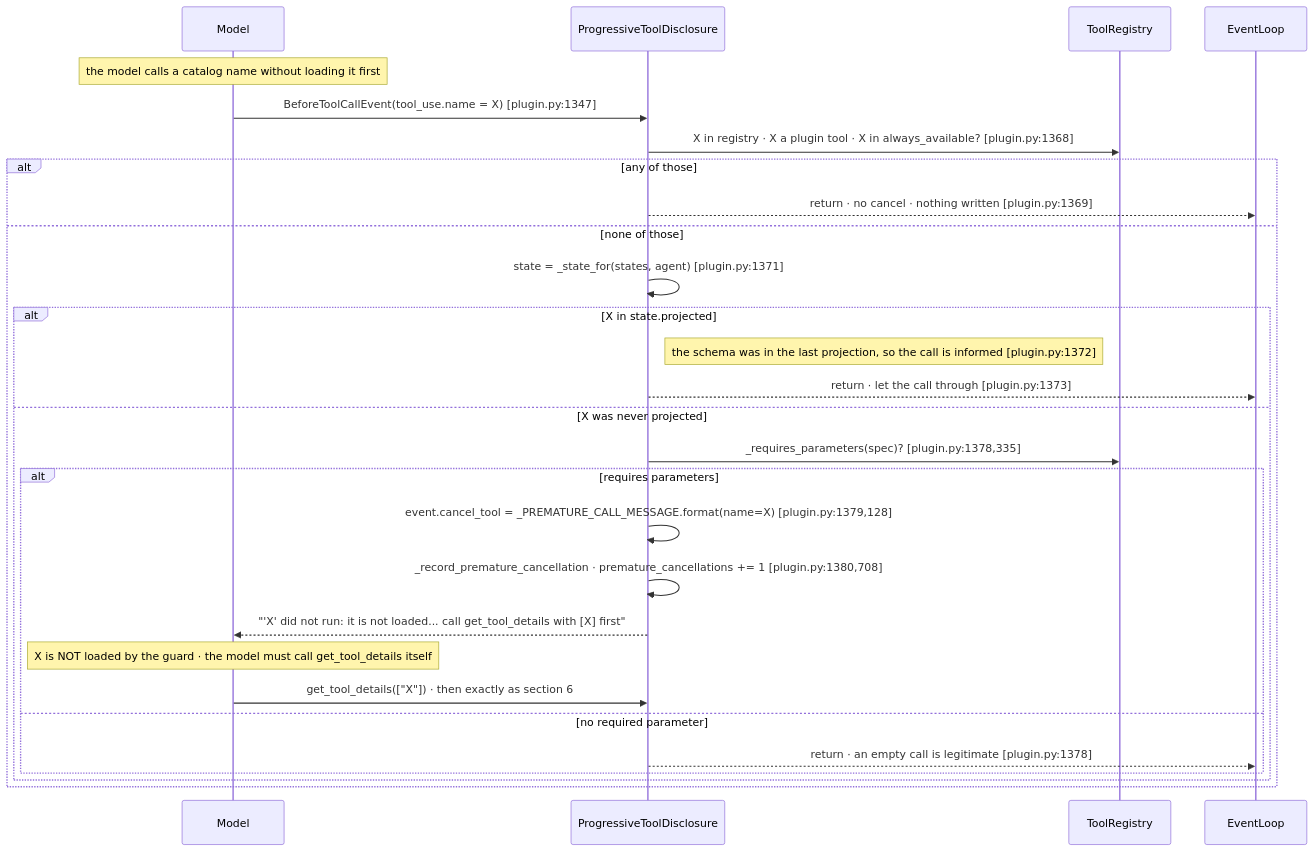
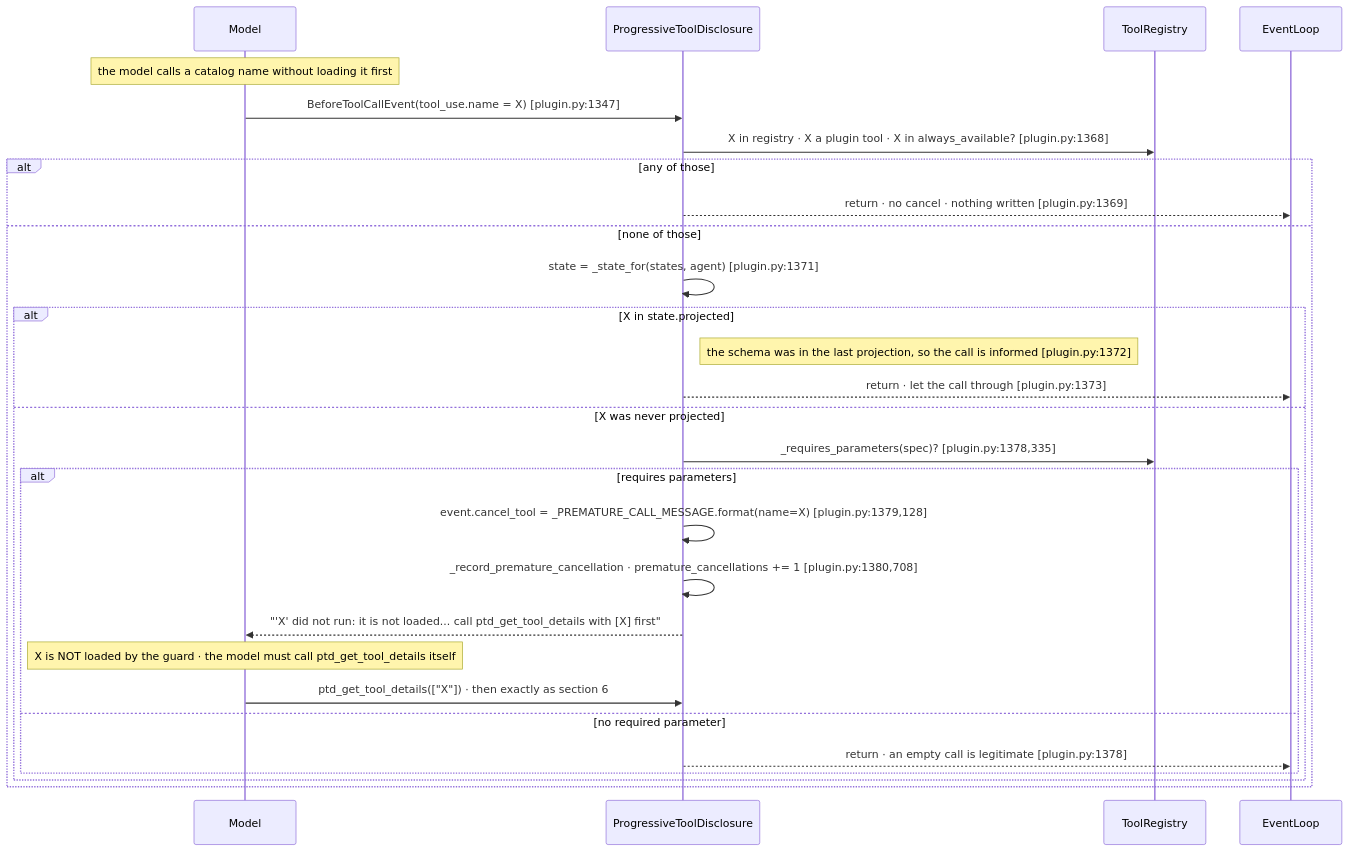
One commit to aws-samples/sample-context-engineering changed the fifth of 6 diagrams in docs/design/sequence/sequence-b-progressive-tool-disclosure.md. Above: the diagram before and after it, drawn with Mermaid. The commit also changed other lines of this file and 124 other files, not shown here.

First line of the commit message:
feat(plugins): prefix every model-facing tool with its plugin's initials

````diff
--- a/docs/design/sequence/sequence-b-progressive-tool-disclosure.md
+++ b/docs/design/sequence/sequence-b-progressive-tool-disclosure.md
@@ -391,31 +391,31 @@
 ```mermaid
 sequenceDiagram
     participant Model
     participant Plugin as ProgressiveToolDisclosure
     participant Reg as ToolRegistry
     participant EventLoop
 
     Note over Model: the model calls a catalog name without loading it first
     Model->>Plugin: BeforeToolCallEvent(tool_use.name = X) [plugin.py:1347]
     Plugin->>Reg: X in registry · X a plugin tool · X in always_available? [plugin.py:1368]
     alt any of those
         Plugin-->>EventLoop: return · no cancel · nothing written [plugin.py:1369]
     else none of those
         Plugin->>Plugin: state = _state_for(states, agent) [plugin.py:1371]
         alt X in state.projected
             Note right of Plugin: the schema was in the last projection, so the call is informed [plugin.py:1372]
             Plugin-->>EventLoop: return · let the call through [plugin.py:1373]
         else X was never projected
             Plugin->>Reg: _requires_parameters(spec)? [plugin.py:1378,335]
             alt requires parameters
                 Plugin->>Plugin: event.cancel_tool = _PREMATURE_CALL_MESSAGE.format(name=X) [plugin.py:1379,128]
                 Plugin->>Plugin: _record_premature_cancellation · premature_cancellations += 1 [plugin.py:1380,708]
-                Plugin-->>Model: "'X' did not run: it is not loaded... call get_tool_details with [X] first"
-                Note over Model: X is NOT loaded by the guard · the model must call get_tool_details itself
-                Model->>Plugin: get_tool_details(["X"]) · then exactly as section 6
+                Plugin-->>Model: "'X' did not run: it is not loaded... call ptd_get_tool_details with [X] first"
+                Note over Model: X is NOT loaded by the guard · the model must call ptd_get_tool_details itself
+                Model->>Plugin: ptd_get_tool_details(["X"]) · then exactly as section 6
             else no required parameter
                 Plugin-->>EventLoop: return · an empty call is legitimate [plugin.py:1378]
             end
         end
     end
 ```
````
